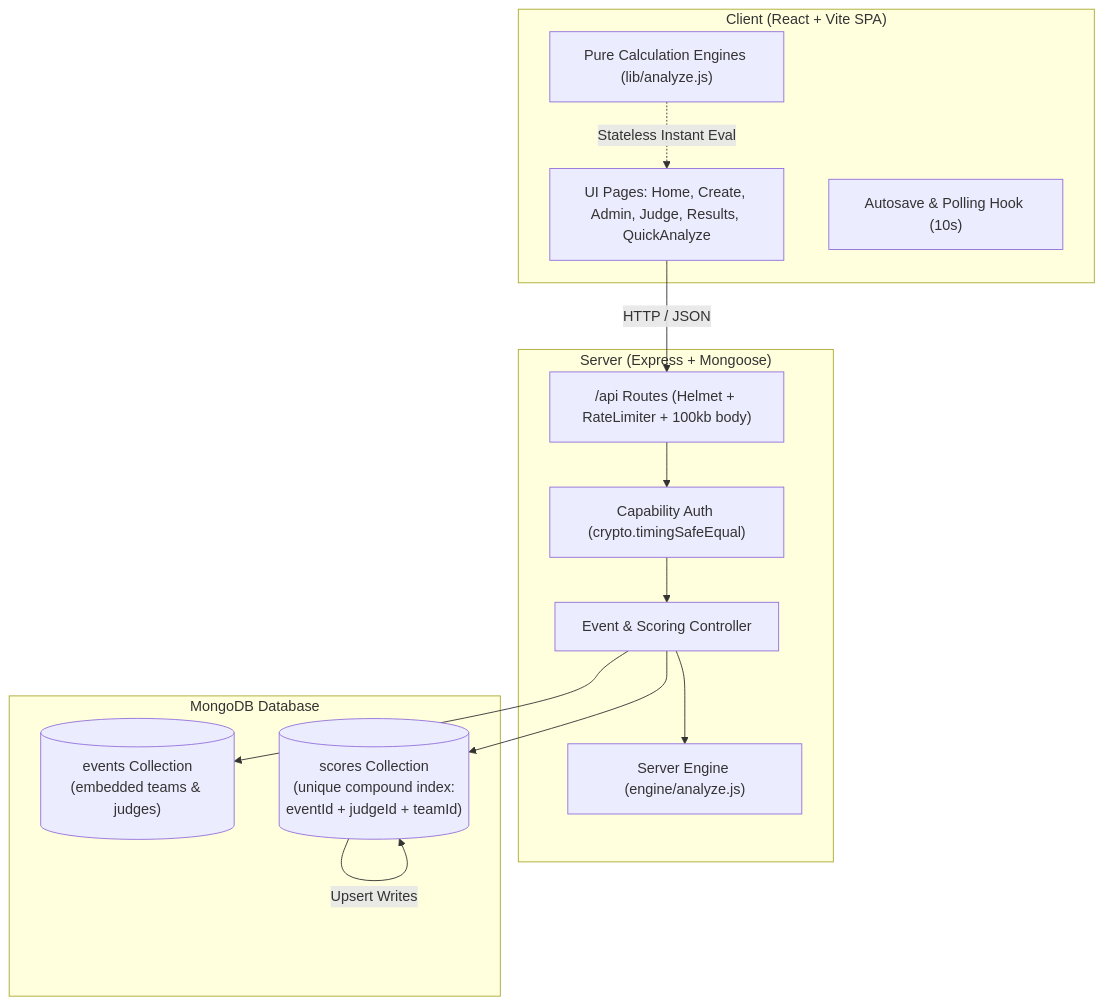
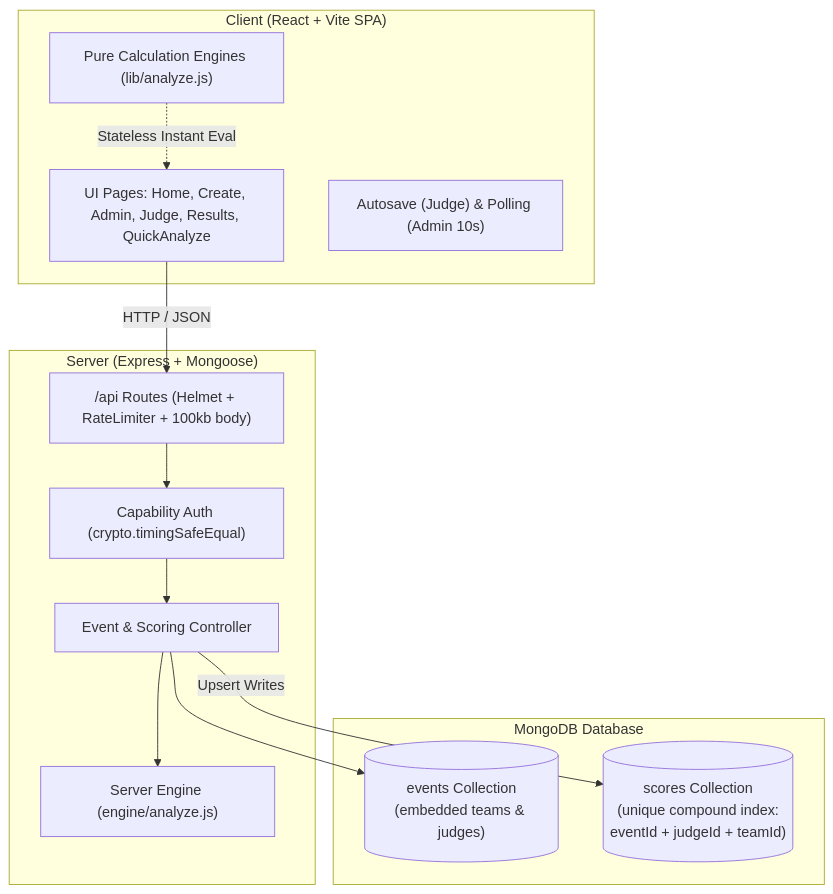
The diagram in README.md (Sam-272007/Fair-Score), drawn with Mermaid before and after one commit. The commit also changed other lines of this file and 1 other file, not shown here.

````diff
--- a/README.md
+++ b/README.md
@@ -75,29 +74,28 @@
 ```mermaid
 flowchart TD
     subgraph Client ["Client (React + Vite SPA)"]
         UI["UI Pages: Home, Create, Admin, Judge, Results, QuickAnalyze"]
         EngCl["Pure Calculation Engines (lib/analyze.js)"]
-        AutoSave["Autosave & Polling Hook (10s)"]
+        AutoSave["Autosave (Judge) & Polling (Admin 10s)"]
     end
 
     subgraph Server ["Server (Express + Mongoose)"]
         Router["/api Routes (Helmet + RateLimiter + 100kb body)"]
         AuthMiddleware["Capability Auth (crypto.timingSafeEqual)"]
         Controller["Event & Scoring Controller"]
         EngSrv["Server Engine (engine/analyze.js)"]
     end
 
     subgraph Database ["MongoDB Database"]
         EventsCol[("events Collection\n(embedded teams & judges)")]
         ScoresCol[("scores Collection\n(unique compound index:\neventId + judgeId + teamId)")]
     end
 
     UI -->|HTTP / JSON| Router
     Router --> AuthMiddleware
     AuthMiddleware --> Controller
     Controller --> EngSrv
     Controller --> EventsCol
-    Controller --> ScoresCol
-    ScoresCol -->|Upsert Writes| ScoresCol
+    Controller -->|Upsert Writes| ScoresCol
     EngCl -.->|Stateless Instant Eval| UI
 ```
````
